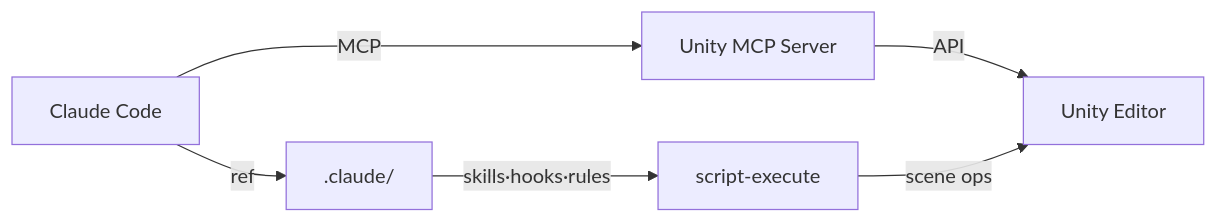
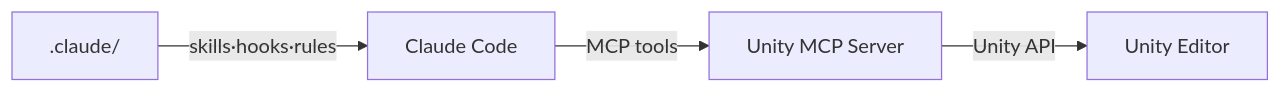
One commit to wooson00308/CCUF changed the first of 2 diagrams in README.md. Above: the diagram before and after it, drawn with Mermaid. The commit also changed 1 other file, not shown here.

Commit message:
fix: Mermaid 다이어그램 구조 수정 — script-execute 분리 제거

````diff
--- a/README.md
+++ b/README.md
@@ -13,8 +13,6 @@
 ```mermaid
 graph LR
-    A[Claude Code] -->|MCP| B[Unity MCP Server]
-    B -->|API| C[Unity Editor]
-    A -->|ref| D[.claude/]
-    D -->|skills·hooks·rules| E[script-execute]
-    E -->|scene ops| C
+    A[Claude Code] -->|MCP tools| B[Unity MCP Server]
+    B -->|Unity API| C[Unity Editor]
+    D[.claude/] -->|skills·hooks·rules| A
 ```
````
